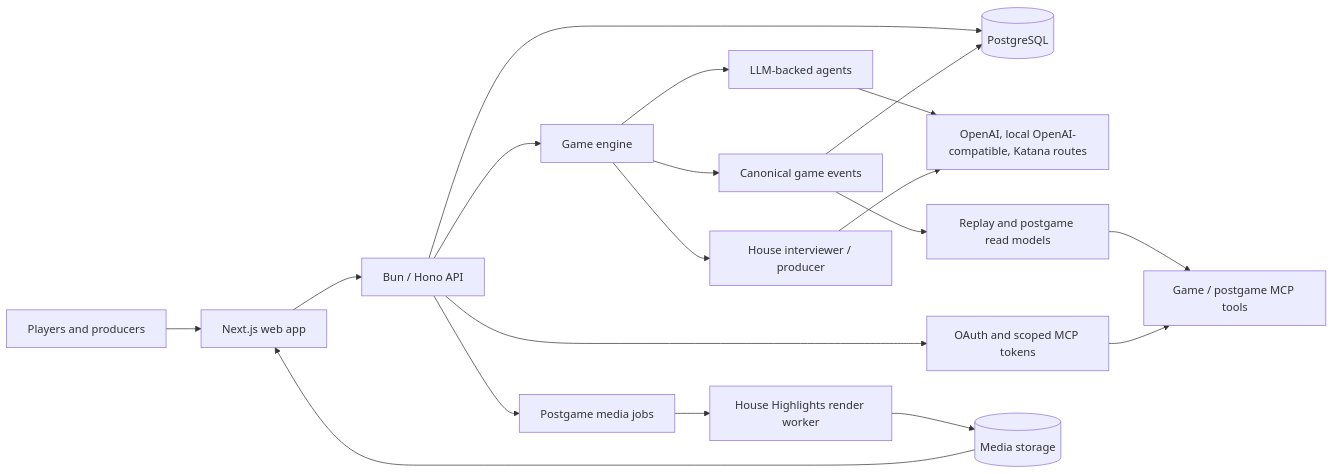
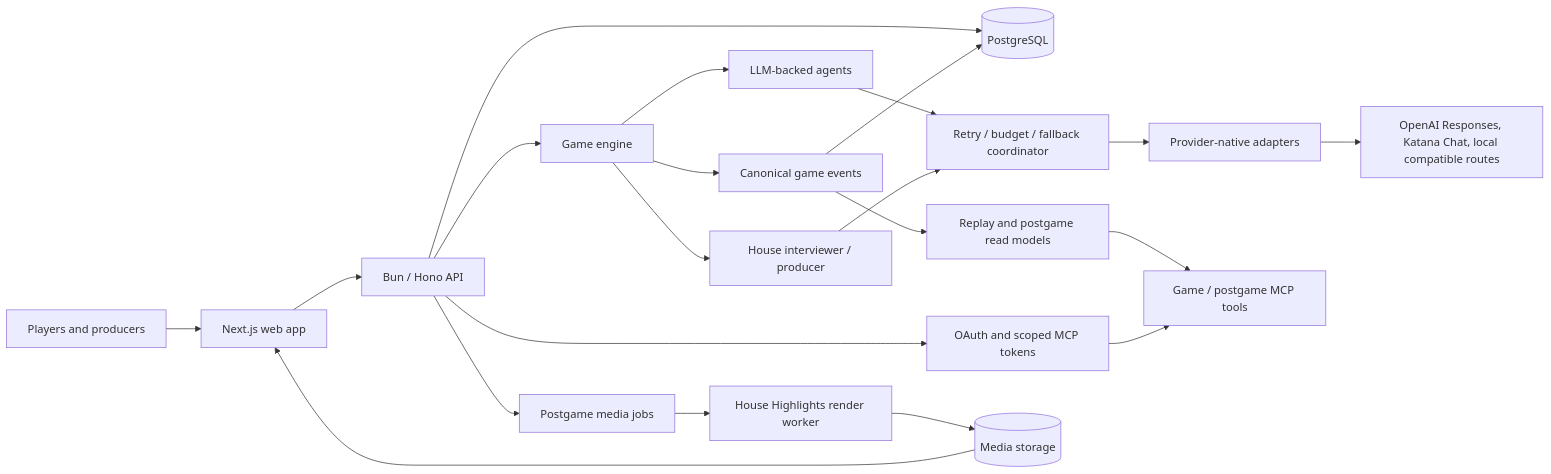
One commit to 0xFlicker/influence-game changed the diagram in README.md. Above: the diagram before and after it, drawn with Mermaid. The commit also changed other lines of this file and 45 other files, not shown here.

First line of the commit message:
refactor(engine): preserve provider-native execution

````diff
--- a/README.md
+++ b/README.md
@@ -47,21 +47,23 @@
 ```mermaid
 flowchart LR
   User[Players and producers] --> Web[Next.js web app]
   Web --> API[Bun / Hono API]
   API --> DB[(PostgreSQL)]
   API --> Engine[Game engine]
   Engine --> Agents[LLM-backed agents]
   Engine --> House[House interviewer / producer]
-  Agents --> Providers[OpenAI, local OpenAI-compatible, Katana routes]
-  House --> Providers
+  Agents --> Coordinator[Retry / budget / fallback coordinator]
+  House --> Coordinator
+  Coordinator --> Adapters[Provider-native adapters]
+  Adapters --> Providers[OpenAI Responses, Katana Chat, local compatible routes]
   Engine --> Events[Canonical game events]
   Events --> DB
   Events --> Reads[Replay and postgame read models]
   Reads --> MCP[Game / postgame MCP tools]
   API --> OAuth[OAuth and scoped MCP tokens]
   OAuth --> MCP
   API --> Media[Postgame media jobs]
   Media --> Worker[House Highlights render worker]
   Worker --> Storage[(Media storage)]
   Storage --> Web
 ```
````
